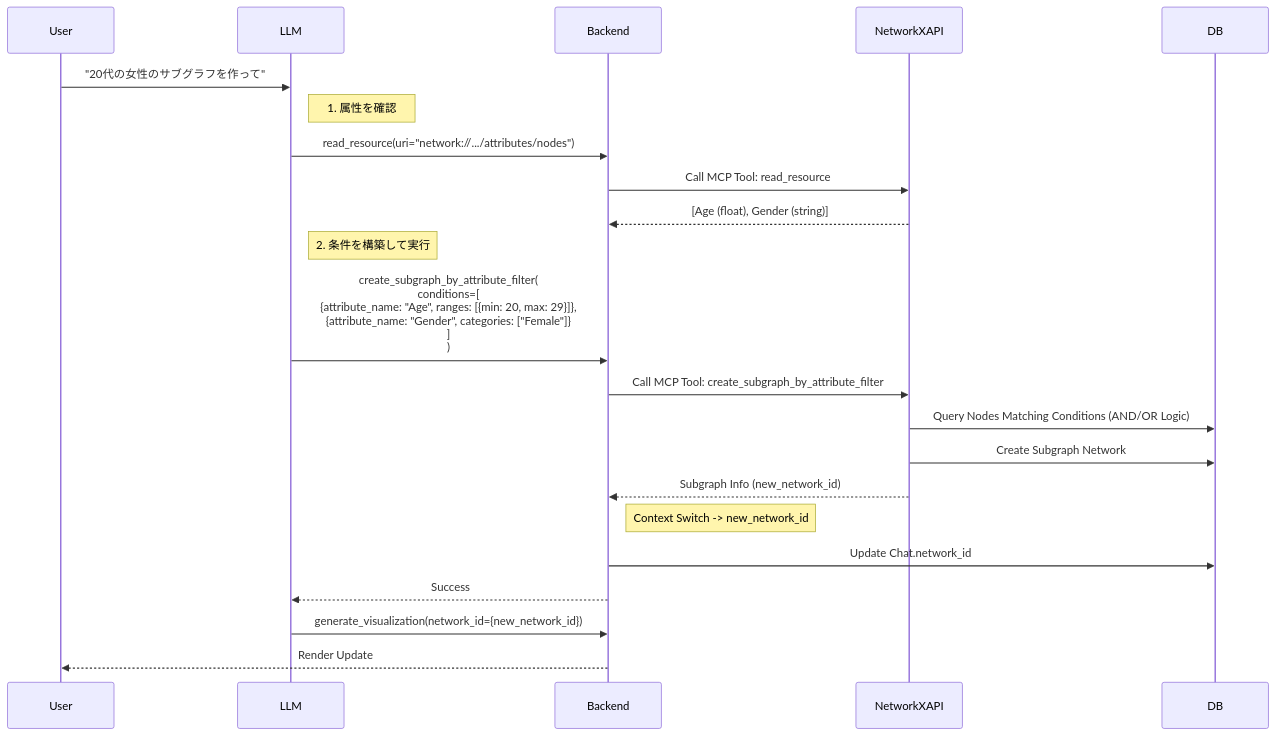
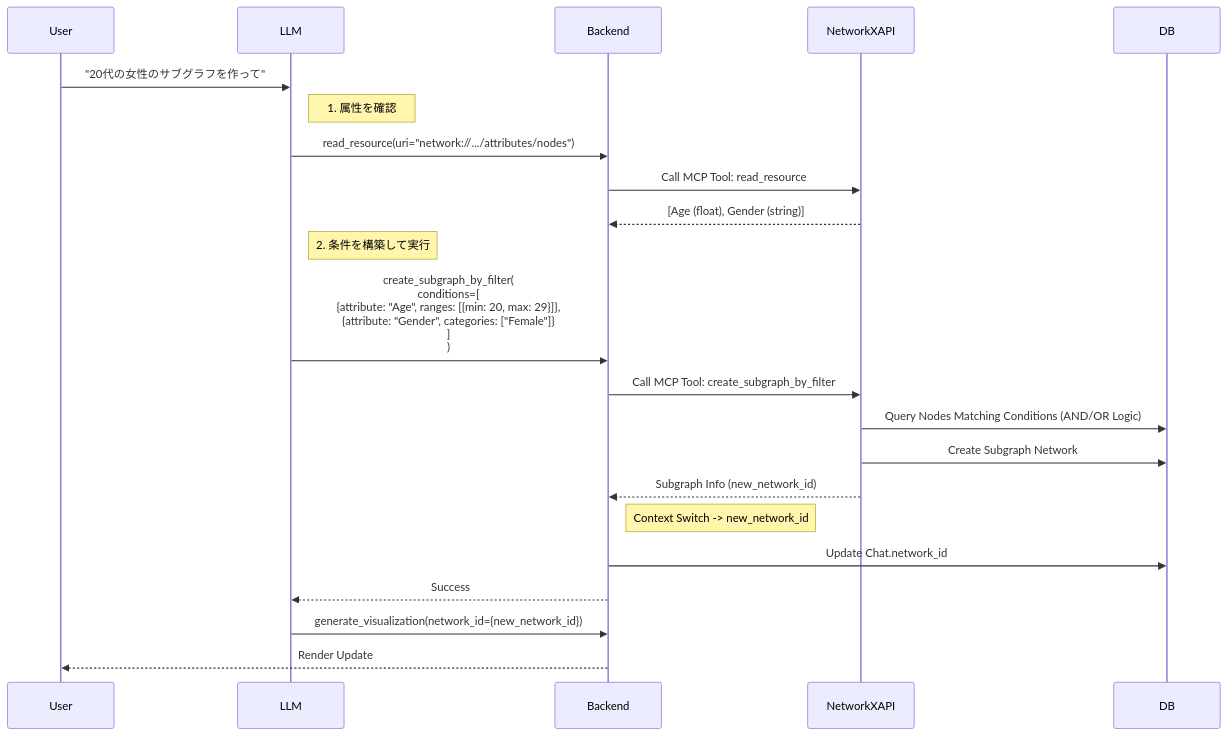
One commit to vdslab/LLMGraphvis changed the tenth of 12 diagrams in specification/2_Technical_Details/6_Core_Workflows.md. Above: the diagram before and after it, drawn with Mermaid. The commit also changed other lines of this file and 6 other files, not shown here.

Commit message:
feat: Default subgraph creation to preserve layout and visualization settings, and introduce `switch_to_network` for graph context switching.

````diff
--- a/specification/2_Technical_Details/6_Core_Workflows.md
+++ b/specification/2_Technical_Details/6_Core_Workflows.md
@@ -442,29 +432,29 @@
 ```mermaid
 sequenceDiagram
     participant User
     participant LLM
     participant Backend
     participant NetworkXAPI
     participant DB
 
     User->>LLM: "20代の女性のサブグラフを作って"
     
     note right of LLM: 1. 属性を確認
     LLM->>Backend: read_resource(uri="network://.../attributes/nodes")
     Backend->>NetworkXAPI: Call MCP Tool: read_resource
     NetworkXAPI-->>Backend: [Age (float), Gender (string)]
     
     note right of LLM: 2. 条件を構築して実行
-    LLM->>Backend: create_subgraph_by_attribute_filter(<br/>  conditions=[<br/>    {attribute_name: "Age", ranges: [{min: 20, max: 29}]},<br/>    {attribute_name: "Gender", categories: ["Female"]}<br/>  ]<br/>)
-    Backend->>NetworkXAPI: Call MCP Tool: create_subgraph_by_attribute_filter
+    LLM->>Backend: create_subgraph_by_filter(<br/>  conditions=[<br/>    {attribute: "Age", ranges: [{min: 20, max: 29}]},<br/>    {attribute: "Gender", categories: ["Female"]}<br/>  ]<br/>)
+    Backend->>NetworkXAPI: Call MCP Tool: create_subgraph_by_filter
     NetworkXAPI->>DB: Query Nodes Matching Conditions (AND/OR Logic)
     NetworkXAPI->>DB: Create Subgraph Network
     NetworkXAPI-->>Backend: Subgraph Info (new_network_id)
     
     note right of Backend: Context Switch -> new_network_id
     Backend->>DB: Update Chat.network_id
     
     Backend-->>LLM: Success
     LLM->>Backend: generate_visualization(network_id={new_network_id})
     Backend-->>User: Render Update
 ```
````
